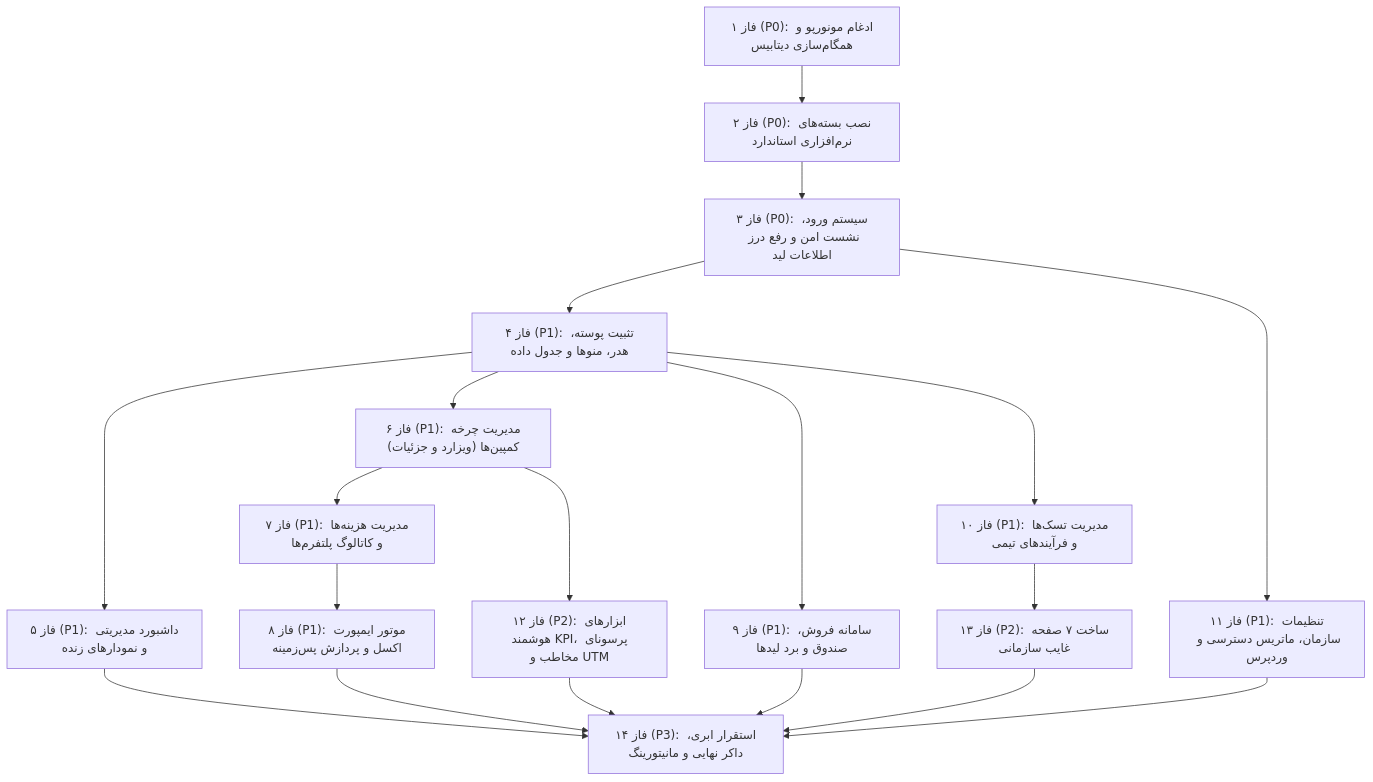
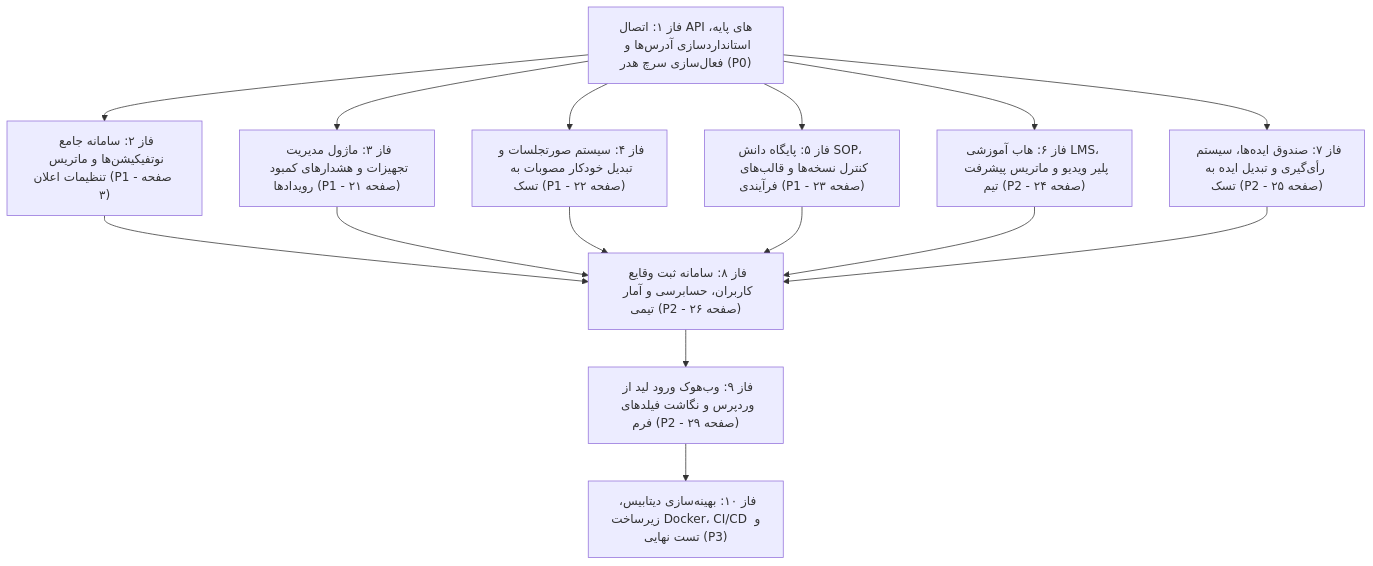
The diagram in docs/project-audit/fa/10_MASTER_COMPLETION_ROADMAP.md (sajads4beri/gapji-digital-marketing-dashboard), drawn with Mermaid before and after one commit. The commit also changed other lines of this file and 221 other files, not shown here.

````diff
--- a/docs/project-audit/fa/10_MASTER_COMPLETION_ROADMAP.md
+++ b/docs/project-audit/fa/10_MASTER_COMPLETION_ROADMAP.md
@@ -14,21 +10,23 @@
 ```mermaid
 flowchart TD
-    P1["فاز ۱ (P0): ادغام مونورپو و همگام‌سازی دیتابیس"] --> P2["فاز ۲ (P0): نصب بسته‌های نرم‌افزاری استاندارد"]
-    P2 --> P3["فاز ۳ (P0): سیستم ورود، نشست امن و رفع درز اطلاعات لید"]
-    P3 --> P4["فاز ۴ (P1): تثبیت پوسته، هدر، منوها و جدول داده"]
-    
-    P4 --> P5["فاز ۵ (P1): داشبورد مدیریتی و نمودارهای زنده"]
-    P4 --> P6["فاز ۶ (P1): مدیریت چرخه کمپین‌ها (ویزارد و جزئیات)"]
-    P4 --> P9["فاز ۹ (P1): سامانه فروش، صندوق و برد لیدها"]
-    P4 --> P10["فاز ۱۰ (P1): مدیریت تسک‌ها و فرآیندهای تیمی"]
-    
-    P6 --> P7["فاز ۷ (P1): مدیریت هزینه‌ها و کاتالوگ پلتفرم‌ها"]
-    P6 --> P12["فاز ۱۲ (P2): ابزارهای هوشمند KPI، پرسونای مخاطب و UTM"]
-    
-    P7 --> P8["فاز ۸ (P1): موتور ایمپورت اکسل و پردازش پس‌زمینه"]
-    
-    P3 --> P11["فاز ۱۱ (P1): تنظیمات سازمان، ماتریس دسترسی و وردپرس"]
-    P10 --> P13["فاز ۱۳ (P2): ساخت ۷ صفحه غایب سازمانی"]
-    
-    P5 & P8 & P9 & P11 & P12 & P13 --> P14["فاز ۱۴ (P3): استقرار ابری، داکر نهایی و مانیتورینگ"]
+    P1["فاز ۱: اتصال APIهای پایه، استانداردسازی آدرس‌ها و فعال‌سازی سرچ هدر (P0)"]
+    P2["فاز ۲: سامانه جامع نوتفیکیشن‌ها و ماتریس تنظیمات اعلان (P1 - صفحه ۳)"]
+    P3["فاز ۳: ماژول مدیریت تجهیزات و هشدارهای کمبود رویدادها (P1 - صفحه ۲۱)"]
+    P4["فاز ۴: سیستم صورتجلسات و تبدیل خودکار مصوبات به تسک (P1 - صفحه ۲۲)"]
+    P5["فاز ۵: پایگاه دانش SOP، کنترل نسخه‌ها و قالب‌های فرآیندی (P1 - صفحه ۲۳)"]
+    P6["فاز ۶: هاب آموزشی LMS، پلیر ویدیو و ماتریس پیشرفت تیم (P2 - صفحه ۲۴)"]
+    P7["فاز ۷: صندوق ایده‌ها، سیستم رأی‌گیری و تبدیل ایده به تسک (P2 - صفحه ۲۵)"]
+    P8["فاز ۸: سامانه ثبت وقایع کاربران، حسابرسی و آمار تیمی (P2 - صفحه ۲۶)"]
+    P9["فاز ۹: وب‌هوک ورود لید از وردپرس و نگاشت فیلدهای فرم (P2 - صفحه ۲۹)"]
+    P10["فاز ۱۰: بهینه‌سازی دیتابیس، زیرساخت Docker، CI/CD و تست نهایی (P3)"]
+
+    P1 --> P2
+    P1 --> P3
+    P1 --> P4
+    P1 --> P5
+    P1 --> P6
+    P1 --> P7
+    P2 & P3 & P4 & P5 & P6 & P7 --> P8
+    P8 --> P9
+    P9 --> P10
 ```
````
